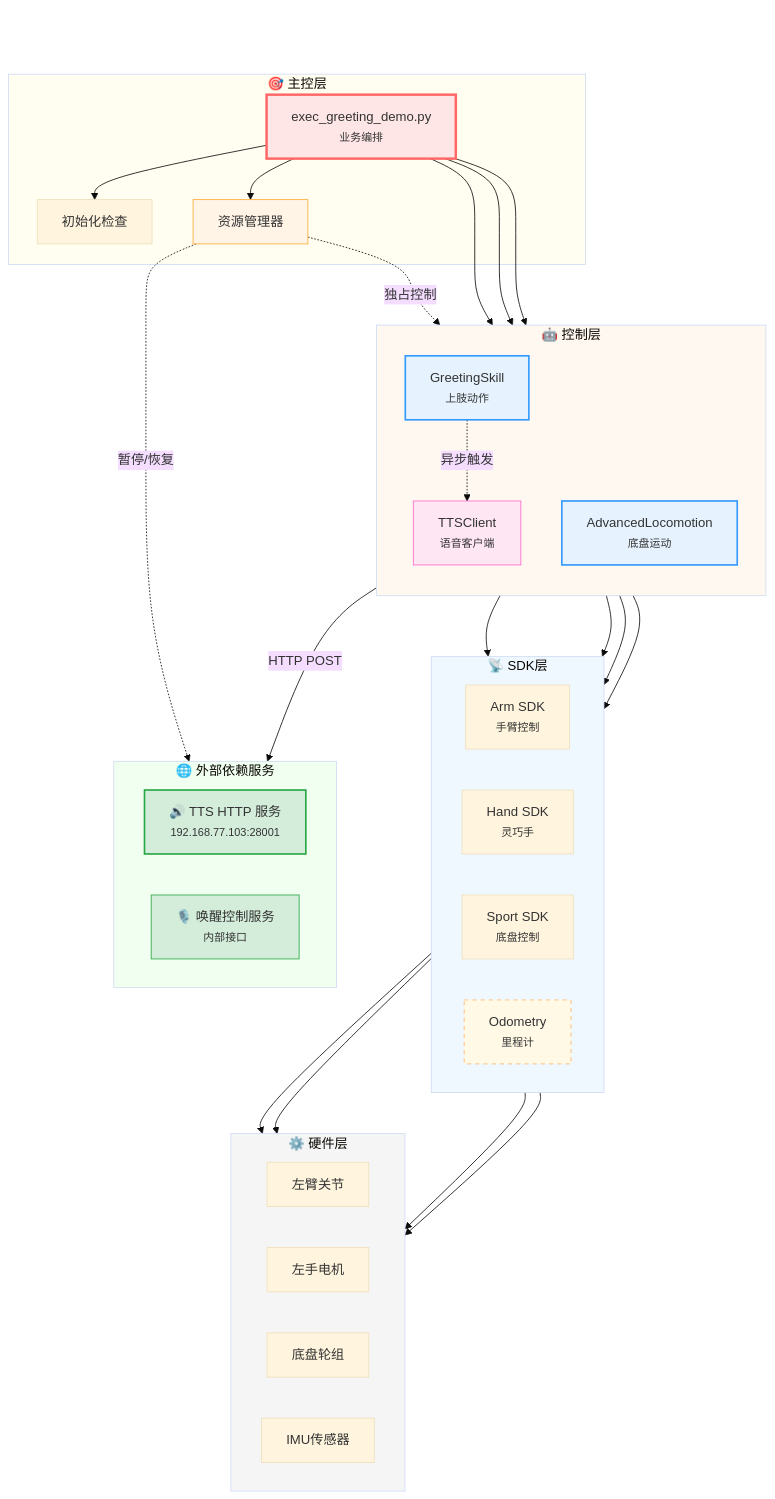
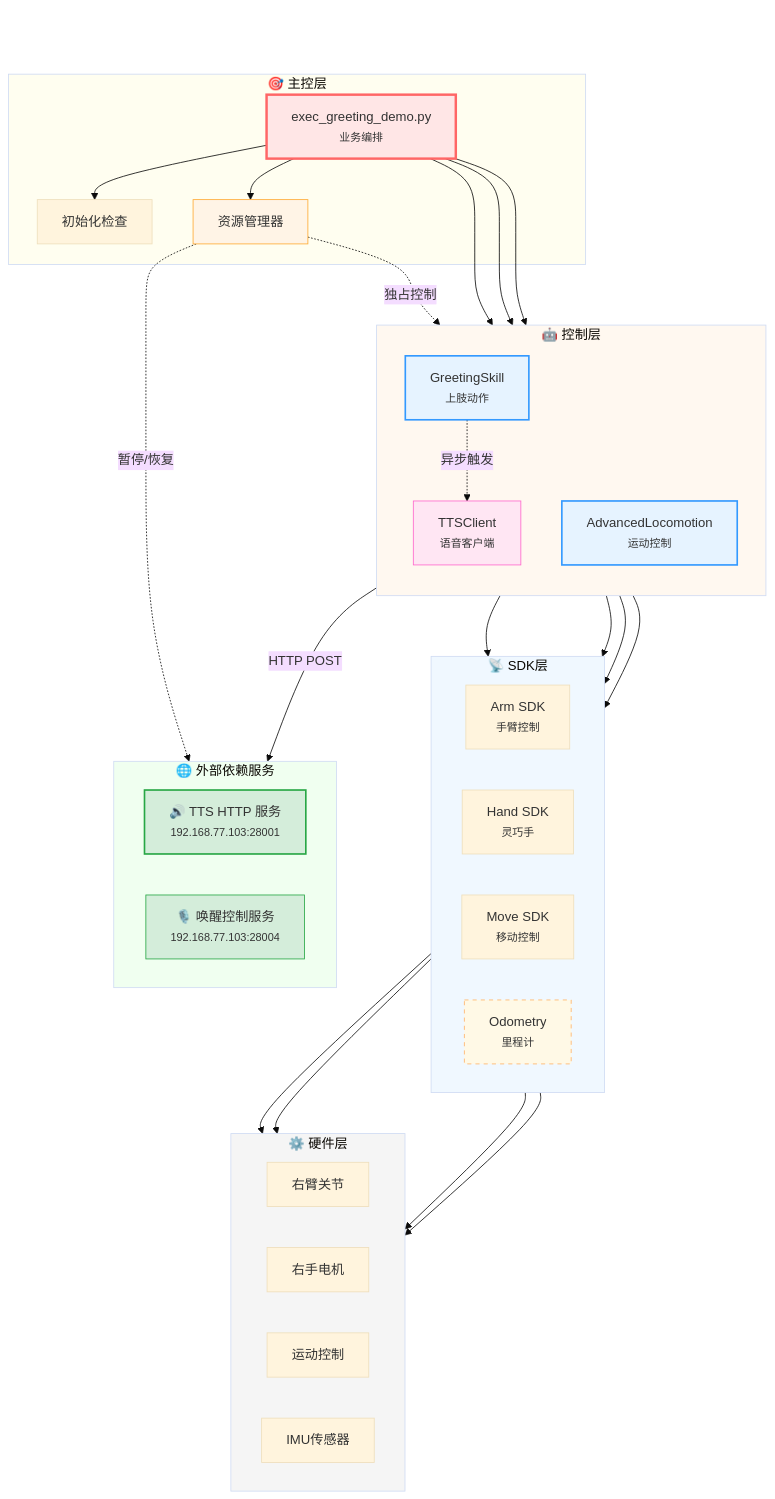
Before and after one commit to sakuzeng/xiangyang_g1: the first of 4 diagrams in loco/motion_control/docs/exec_greeting_demo.md, drawn with Mermaid (base theme). The commit also changed other lines of this file and 30 other files, not shown here.

```diff
--- a/loco/motion_control/docs/exec_greeting_demo.md
+++ b/loco/motion_control/docs/exec_greeting_demo.md
@@ -24,7 +24,7 @@
     subgraph external ["🌐 外部依赖服务"]
         direction LR
         TTS_Server["🔊 TTS HTTP 服务<br/><small>192.168.77.103:28001</small>"]
-        Wake_Server["🎙️ 唤醒控制服务<br/><small>内部接口</small>"]
+        Wake_Server["🎙️ 唤醒控制服务<br/><small>192.168.77.103:28004</small>"]
     end
     
     space1[ ]
@@ -40,7 +40,7 @@
     subgraph control ["🤖 控制层"]
         direction TB
         Greeting["GreetingSkill<br/><small>上肢动作</small>"]
-        Loco["AdvancedLocomotion<br/><small>底盘运动</small>"]
+        Loco["AdvancedLocomotion<br/><small>运动控制</small>"]
         TTS_Client["TTSClient<br/><small>语音客户端</small>"]
     end
     
@@ -50,7 +50,7 @@
         direction LR
         Arm_SDK["Arm SDK<br/><small>手臂控制</small>"]
         Hand_SDK["Hand SDK<br/><small>灵巧手</small>"]
-        Sport_SDK["Sport SDK<br/><small>底盘控制</small>"]
+        Sport_SDK["Move SDK<br/><small>移动控制</small>"]
         Odom["Odometry<br/><small>里程计</small>"]
     end
     
@@ -58,9 +58,9 @@
     
     subgraph hardware ["⚙️ 硬件层"]
         direction LR
-        H1["左臂关节"]
-        H2["左手电机"]
-        H3["底盘轮组"]
+        H1["右臂关节"]
+        H2["右手电机"]
+        H3["运动控制"]
         H4["IMU传感器"]
     end
     
```
